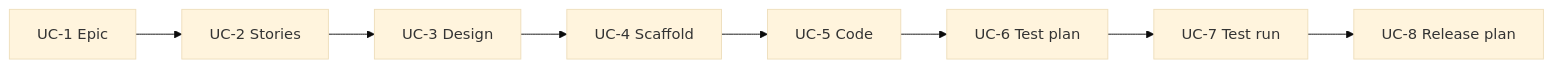
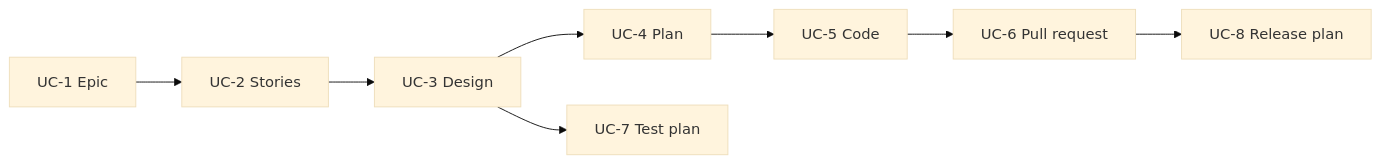
The second of 2 diagrams in docs/SRS.md (HasithaErandika/aura), drawn with Mermaid (base theme) before and after one commit. The commit also changed other lines of this file and 41 other files, not shown here.

First line of the commit message:
docs: describe the VS Code workflow, mark completed plans, rewrite the roadmap

````diff
--- a/docs/SRS.md
+++ b/docs/SRS.md
@@ -183,4 +198,5 @@
 ```mermaid
 flowchart LR
-    UC1["UC-1 Epic"] --> UC2["UC-2 Stories"] --> UC3["UC-3 Design"] --> UC4["UC-4 Scaffold"] --> UC5["UC-5 Code"] --> UC6["UC-6 Test plan"] --> UC7["UC-7 Test run"] --> UC8["UC-8 Release plan"]
+    UC1["UC-1 Epic"] --> UC2["UC-2 Stories"] --> UC3["UC-3 Design"] --> UC4["UC-4 Plan"] --> UC5["UC-5 Code"] --> UC6["UC-6 Pull request"] --> UC8["UC-8 Release plan"]
+    UC3 --> UC7["UC-7 Test plan"]
 ```
````
